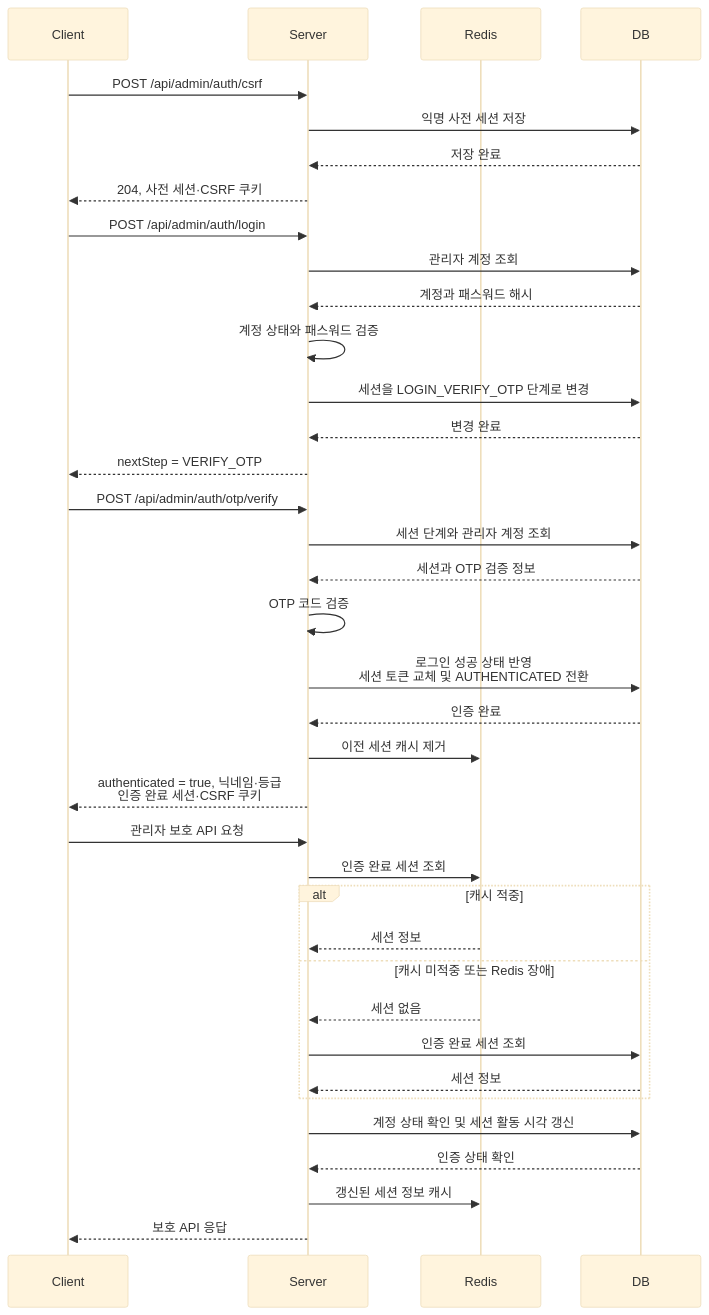
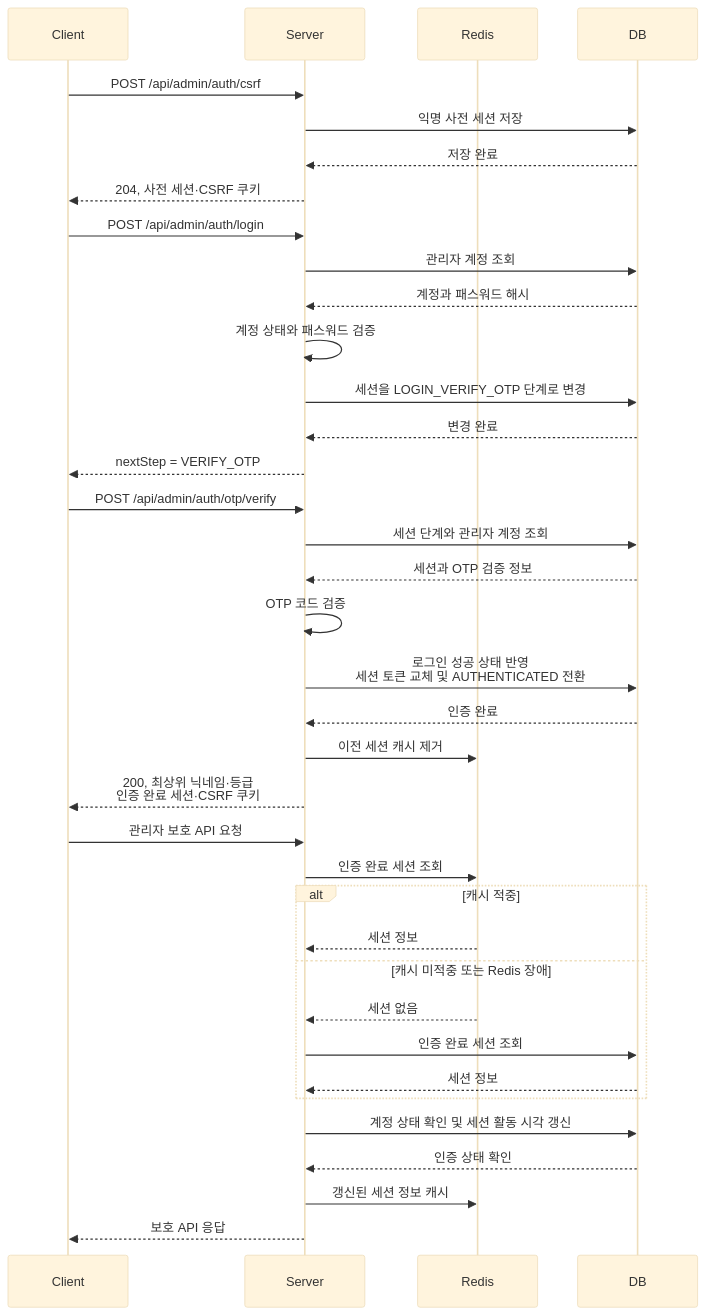
One commit to MyPicDay/piku-back changed the first of 2 diagrams in docs/architecture/admin-session-authentication-flow.md. Above: the diagram before and after it, drawn with Mermaid (base theme). The commit also changed other lines of this file and 4 other files, not shown here.

````diff
--- a/docs/architecture/admin-session-authentication-flow.md
+++ b/docs/architecture/admin-session-authentication-flow.md
@@ -28,43 +28,43 @@
 ```mermaid
 sequenceDiagram
     participant Client as Client
     participant Server as Server
     participant Redis as Redis
     participant DB as DB
 
     Client->>Server: POST /api/admin/auth/csrf
     Server->>DB: 익명 사전 세션 저장
     DB-->>Server: 저장 완료
     Server-->>Client: 204, 사전 세션·CSRF 쿠키
 
     Client->>Server: POST /api/admin/auth/login
     Server->>DB: 관리자 계정 조회
     DB-->>Server: 계정과 패스워드 해시
     Server->>Server: 계정 상태와 패스워드 검증
     Server->>DB: 세션을 LOGIN_VERIFY_OTP 단계로 변경
     DB-->>Server: 변경 완료
     Server-->>Client: nextStep = VERIFY_OTP
 
     Client->>Server: POST /api/admin/auth/otp/verify
     Server->>DB: 세션 단계와 관리자 계정 조회
     DB-->>Server: 세션과 OTP 검증 정보
     Server->>Server: OTP 코드 검증
     Server->>DB: 로그인 성공 상태 반영<br/>세션 토큰 교체 및 AUTHENTICATED 전환
     DB-->>Server: 인증 완료
     Server->>Redis: 이전 세션 캐시 제거
-    Server-->>Client: authenticated = true, 닉네임·등급<br/>인증 완료 세션·CSRF 쿠키
+    Server-->>Client: 200, 최상위 닉네임·등급<br/>인증 완료 세션·CSRF 쿠키
 
     Client->>Server: 관리자 보호 API 요청
     Server->>Redis: 인증 완료 세션 조회
     alt 캐시 적중
         Redis-->>Server: 세션 정보
     else 캐시 미적중 또는 Redis 장애
         Redis-->>Server: 세션 없음
         Server->>DB: 인증 완료 세션 조회
         DB-->>Server: 세션 정보
     end
     Server->>DB: 계정 상태 확인 및 세션 활동 시각 갱신
     DB-->>Server: 인증 상태 확인
     Server->>Redis: 갱신된 세션 정보 캐시
     Server-->>Client: 보호 API 응답
 ```
````
